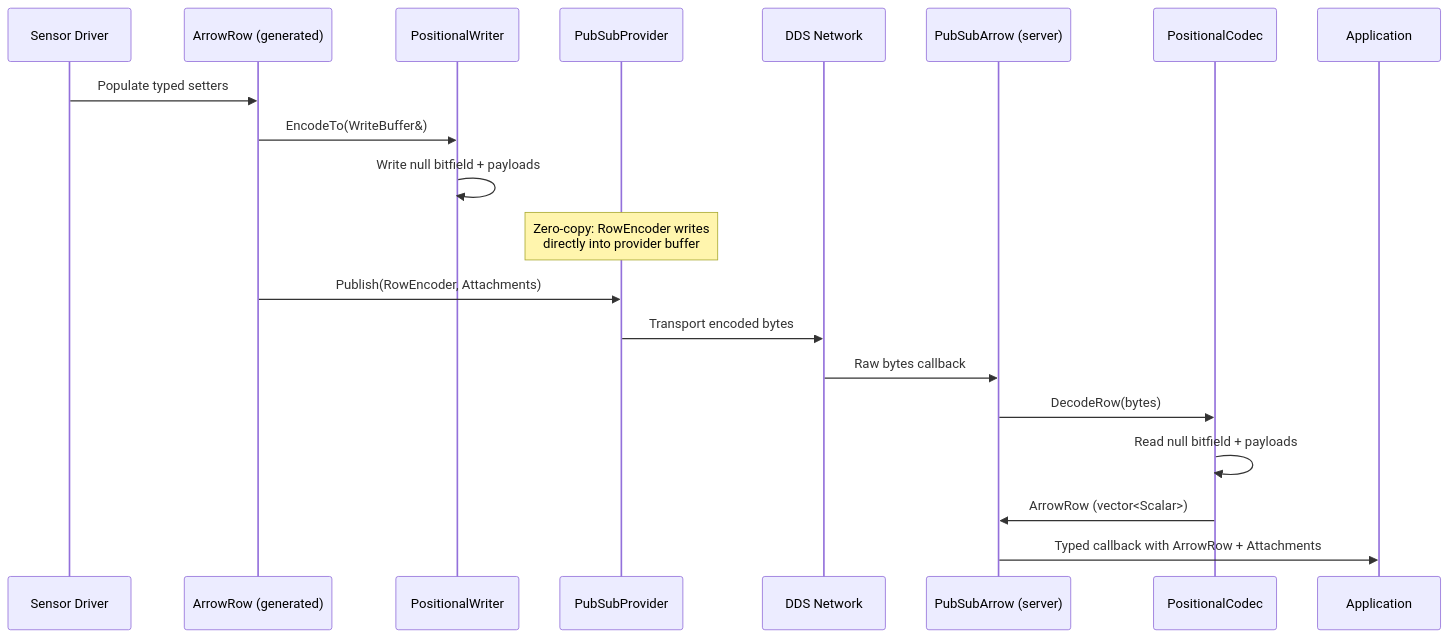
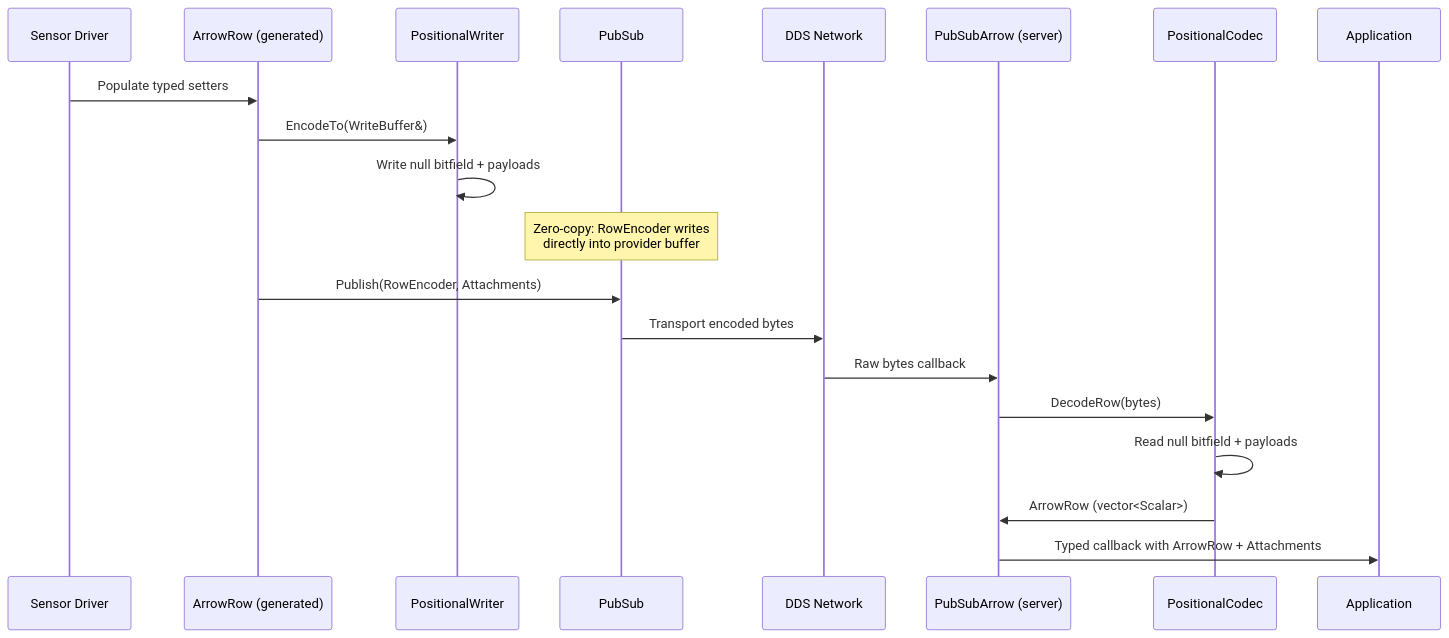
One commit to eivacom/Fletcher changed the first of 6 diagrams in docs/data-flow-diagrams.md. Above: the diagram before and after it, drawn with Mermaid. The commit also changed other lines of this file and 23 other files, not shown here.

````diff
--- a/docs/data-flow-diagrams.md
+++ b/docs/data-flow-diagrams.md
@@ -9,26 +9,26 @@
 ```mermaid
 sequenceDiagram
     participant S as Sensor Driver
     participant AR as ArrowRow (generated)
     participant PW as PositionalWriter
-    participant PP as PubSubProvider
+    participant PP as PubSub
     participant NET as DDS Network
     participant PS as PubSubArrow (server)
     participant PC as PositionalCodec
     participant APP as Application
 
     S->>AR: Populate typed setters
     AR->>PW: EncodeTo(WriteBuffer&)
     PW->>PW: Write null bitfield + payloads
 
     Note over PP: Zero-copy: RowEncoder writes<br/>directly into provider buffer
 
     AR->>PP: Publish(RowEncoder, Attachments)
     PP->>NET: Transport encoded bytes
 
     NET->>PS: Raw bytes callback
     PS->>PC: DecodeRow(bytes)
     PC->>PC: Read null bitfield + payloads
     PC->>PS: ArrowRow (vector<Scalar>)
     PS->>APP: Typed callback with ArrowRow + Attachments
 ```
````
